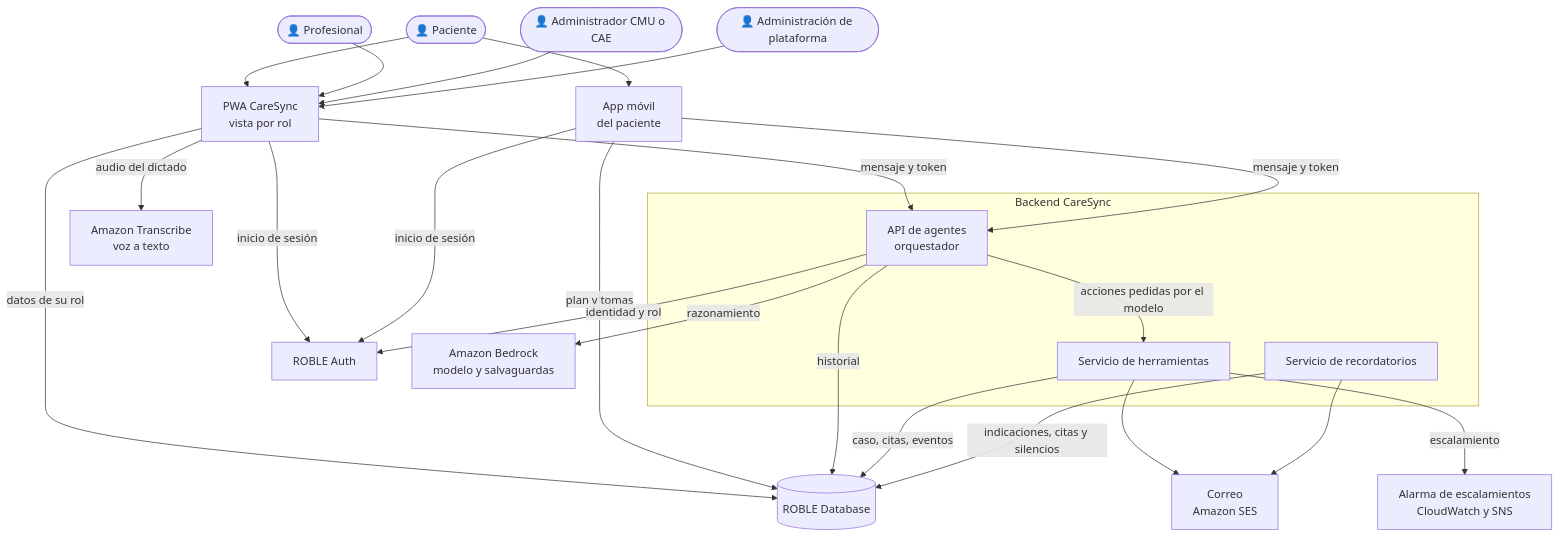
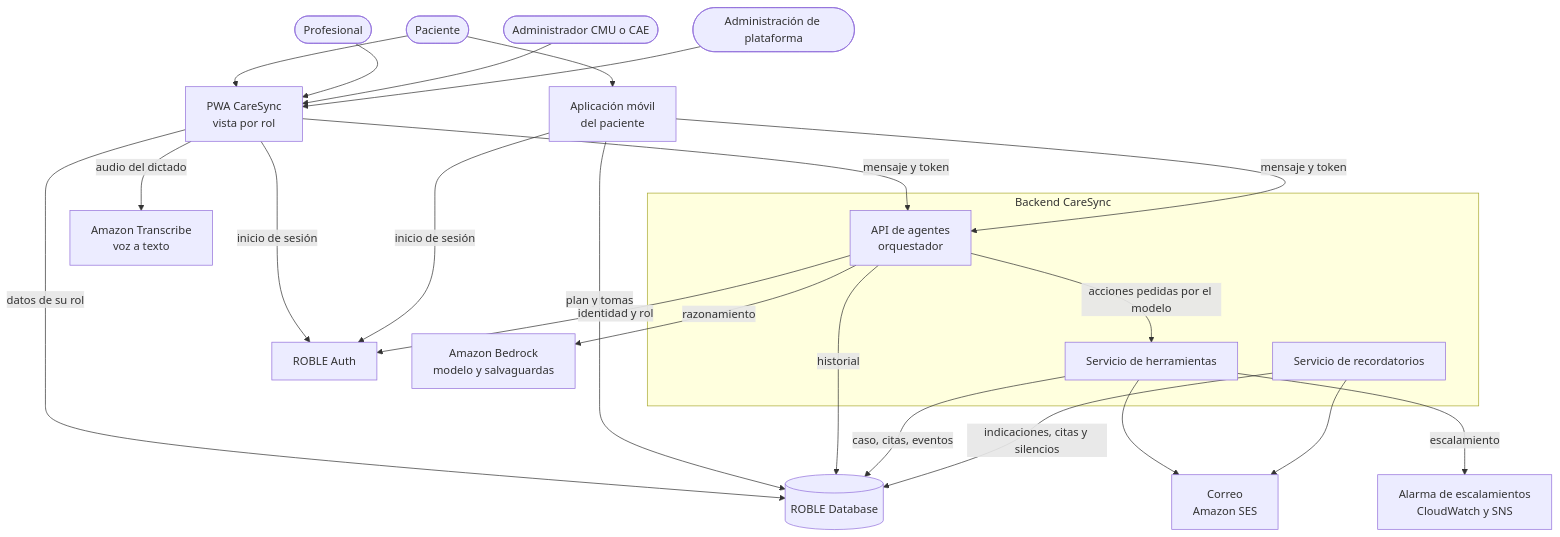
The second of 8 diagrams in InformeFinal.md (Ksruiz22/PF-202630-CareSync), drawn with Mermaid before and after one commit. The commit also changed other lines of this file, not shown here.

First line of the commit message:
Revisar ortografia, formato y redaccion del informe final

````diff
--- a/InformeFinal.md
+++ b/InformeFinal.md
@@ -592,49 +644,49 @@
 ```mermaid
 flowchart TB
-    P(["👤 Paciente"])
-    PR(["👤 Profesional"])
-    AD(["👤 Administrador CMU o CAE"])
-    PL(["👤 Administración de plataforma"])
+    P(["Paciente"])
+    PR(["Profesional"])
+    AD(["Administrador CMU o CAE"])
+    PL(["Administración de plataforma"])
 
     PWA["PWA CareSync<br/>vista por rol"]
-    MOV["App móvil<br/>del paciente"]
+    MOV["Aplicación móvil<br/>del paciente"]
 
     subgraph BE["Backend CareSync"]
         ORQ["API de agentes<br/>orquestador"]
         HER["Servicio de herramientas"]
         REC["Servicio de recordatorios"]
     end
 
     RA["ROBLE Auth"]
     RD[("ROBLE Database")]
     BR["Amazon Bedrock<br/>modelo y salvaguardas"]
     TR["Amazon Transcribe<br/>voz a texto"]
     SES["Correo<br/>Amazon SES"]
     AL["Alarma de escalamientos<br/>CloudWatch y SNS"]
 
     P --> PWA
     P --> MOV
     PR --> PWA
     AD --> PWA
     PL --> PWA
 
     PWA -->|inicio de sesión| RA
     MOV -->|inicio de sesión| RA
     PWA -->|datos de su rol| RD
     MOV -->|plan y tomas| RD
     PWA -->|mensaje y token| ORQ
     MOV -->|mensaje y token| ORQ
     PWA -->|audio del dictado| TR
 
     ORQ -->|identidad y rol| RA
     ORQ -->|historial| RD
     ORQ -->|razonamiento| BR
     ORQ -->|acciones pedidas por el modelo| HER
 
     HER -->|caso, citas, eventos| RD
     HER --> SES
     HER -->|escalamiento| AL
 
     REC -->|indicaciones, citas y silencios| RD
     REC --> SES
 ```
````
